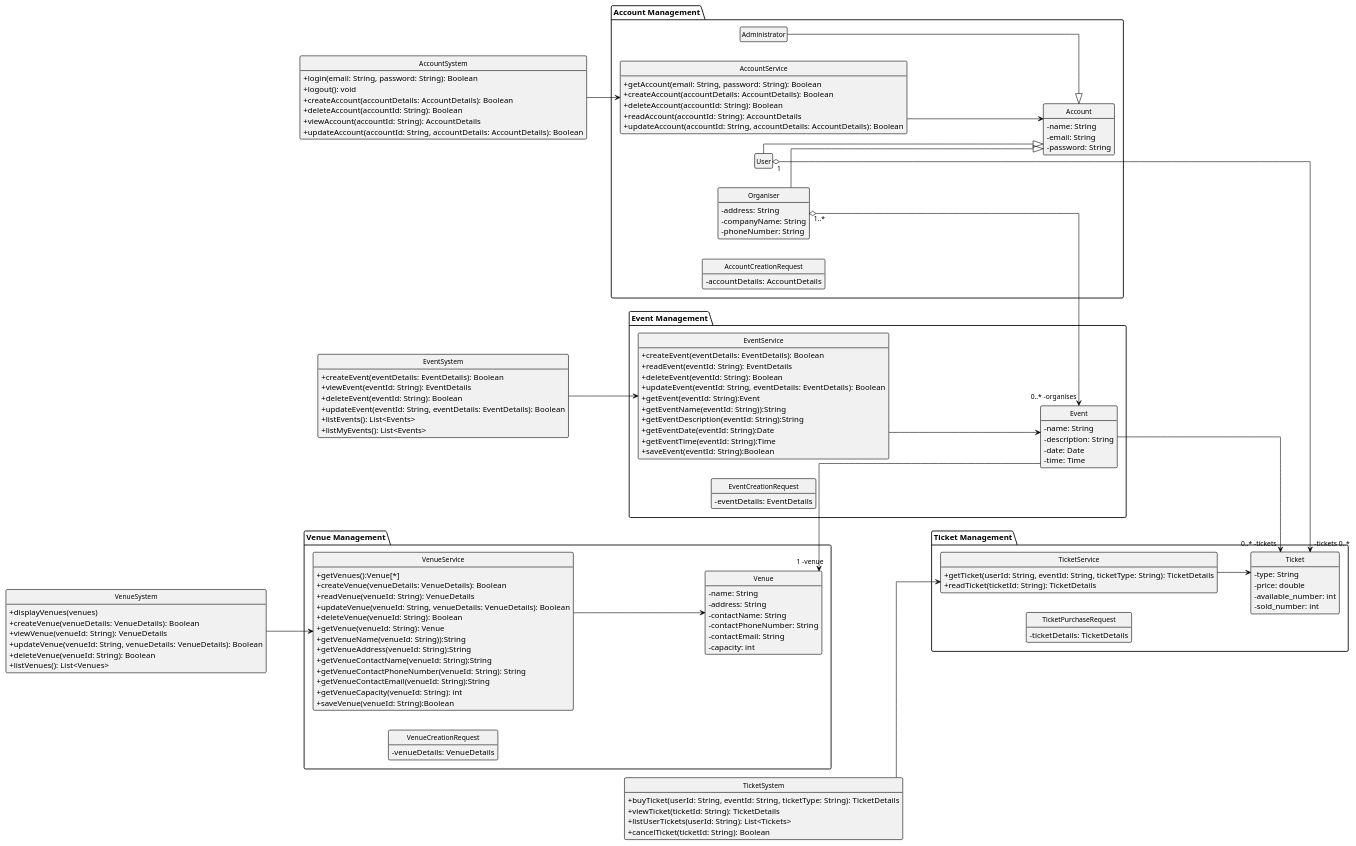
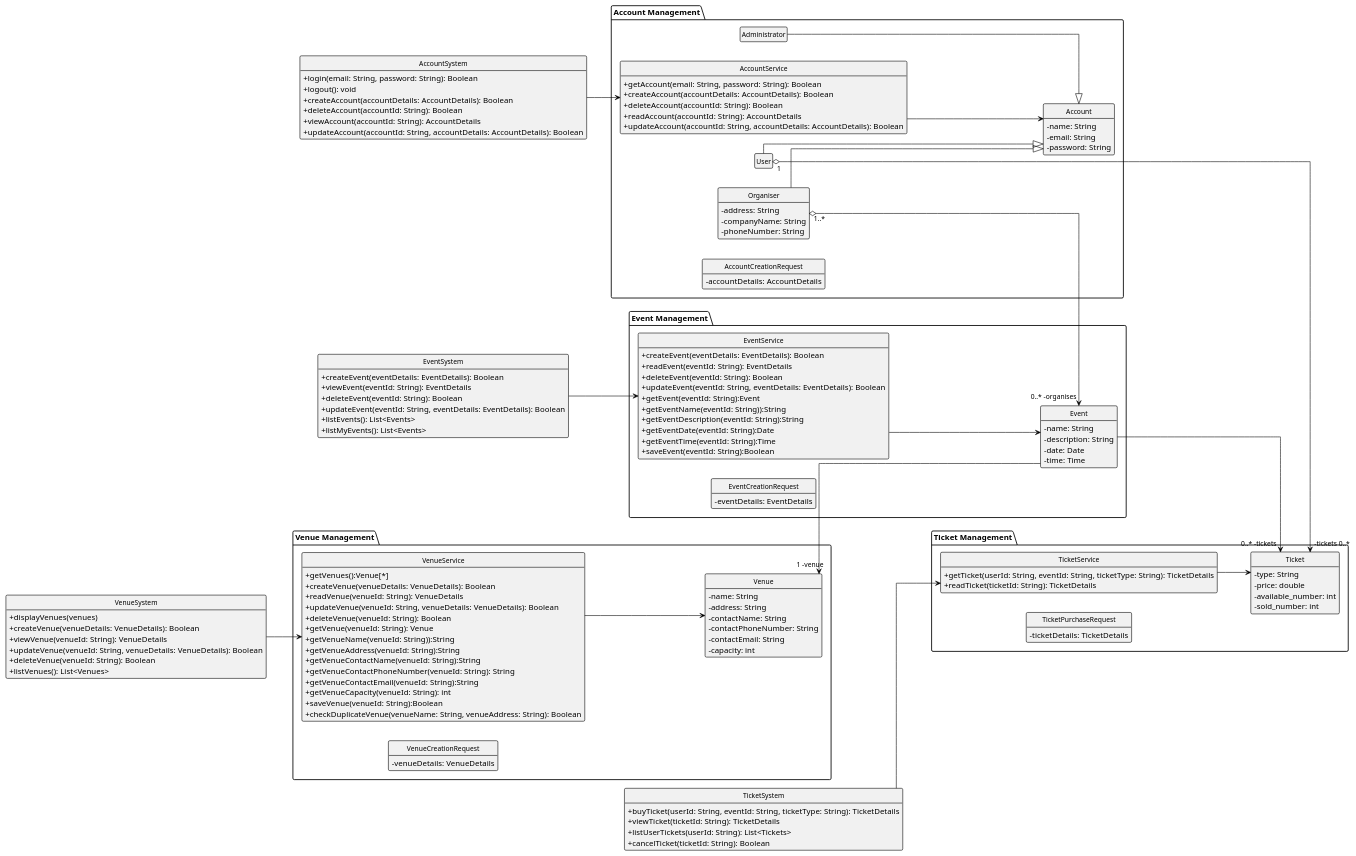
One commit to MolimoWang/EventManagementSystem changed the diagram in 02-analysis/class-diagram/classDiagram.plantuml. Above: the diagram before and after it, drawn with PlantUML. The commit also changed 4 other files, not shown here.

```diff
--- a/02-analysis/class-diagram/classDiagram.plantuml
+++ b/02-analysis/class-diagram/classDiagram.plantuml
@@ -1,192 +1,193 @@
 @startuml
 left to right direction
 skinparam monochrome true
 skinparam backgroundColor white
 skinparam shadowing false
 skinparam linetype ortho
 skinparam lineThickness 3   ' Thickness of line
 skinparam noteMargin 30     ' Margins for comments
 skinparam ranksep 100        ' Control vertical spacing
 skinparam nodesep 200        ' Control horizontal spacing
 skinparam classFontSize 12
 skinparam ArrowFontSize 12
 skinparam classBorderThickness 1
 skinparam classAttributeIconSize 0
 
 hide class circle
 hide empty members
 hide stereotypes
 
 skinparam class {
     BorderColor black
     ArrowColor black
     FontColor black
     FontName Arial
     FontSize 12
 }
 
 ' Account Management Group
 package "Account Management" {
     class Account {
         - name: String
         - email: String
         - password: String
     }
     class Administrator {
     }
     class Organiser {
         - address: String
         - companyName: String
         - phoneNumber: String
     }
     class User {
     }
 
     class AccountService {
         +getAccount(email: String, password: String): Boolean
         +createAccount(accountDetails: AccountDetails): Boolean
         +deleteAccount(accountId: String): Boolean
         +readAccount(accountId: String): AccountDetails
         +updateAccount(accountId: String, accountDetails: AccountDetails): Boolean
 
     }
 
     class AccountCreationRequest {
         - accountDetails: AccountDetails
     }
 
     Administrator --|> Account
     Organiser --|> Account
     User --|> Account
     AccountService --> Account
 }
 
 ' Venue Management Group
 package "Venue Management" {
     class Venue {
         - name: String
         - address: String
         - contactName: String
         - contactPhoneNumber: String
         - contactEmail: String
         - capacity: int
     }
 
     class VenueService {
         +getVenues():Venue[*]
         +createVenue(venueDetails: VenueDetails): Boolean
         +readVenue(venueId: String): VenueDetails
         +updateVenue(venueId: String, venueDetails: VenueDetails): Boolean
         +deleteVenue(venueId: String): Boolean
         +getVenue(venueId: String): Venue
         +getVenueName(venueId: String)):String
         +getVenueAddress(venueId: String):String
         +getVenueContactName(venueId: String):String
         +getVenueContactPhoneNumber(venueId: String): String
         +getVenueContactEmail(venueId: String):String
         +getVenueCapacity(venueId: String): int
         +saveVenue(venueId: String):Boolean
+        +checkDuplicateVenue(venueName: String, venueAddress: String): Boolean
     }
 
     class VenueCreationRequest {
         - venueDetails: VenueDetails
     }
 
     VenueService --> Venue
 }
 
 ' Event Management Group
 package "Event Management" {
     class Event {
         - name: String
         - description: String
         - date: Date
         - time: Time
     }
 
     class EventService {
         +createEvent(eventDetails: EventDetails): Boolean
         +readEvent(eventId: String): EventDetails
         +deleteEvent(eventId: String): Boolean
         +updateEvent(eventId: String, eventDetails: EventDetails): Boolean
         +getEvent(eventId: String):Event
         +getEventName(eventId: String)):String
         +getEventDescription(eventId: String):String
         +getEventDate(eventId: String):Date
         +getEventTime(eventId: String):Time
         +saveEvent(eventId: String):Boolean
     }
 
     class EventCreationRequest {
         - eventDetails: EventDetails
     }
 
     Venue "1 -venue" <-- Event
     EventService --> Event
 }
 
 ' Ticket Management Group
 package "Ticket Management" {
     class Ticket {
         - type: String
         - price: double
         - available_number: int
         - sold_number: int
     }
 
     class TicketService {
         +getTicket(userId: String, eventId: String, ticketType: String): TicketDetails
         +readTicket(ticketId: String): TicketDetails
     }
 
     class TicketPurchaseRequest {
         - ticketDetails: TicketDetails
     }
 
     Event --> "0..* -tickets" Ticket
     TicketService --> Ticket
 }
 
 ' System classes for each module
 class AccountSystem {
     +login(email: String, password: String): Boolean
     +logout(): void
     +createAccount(accountDetails: AccountDetails): Boolean
     +deleteAccount(accountId: String): Boolean
     +viewAccount(accountId: String): AccountDetails
     +updateAccount(accountId: String, accountDetails: AccountDetails): Boolean
 }
 AccountSystem --> AccountService
 
 class VenueSystem {
     +displayVenues(venues)
     +createVenue(venueDetails: VenueDetails): Boolean
     +viewVenue(venueId: String): VenueDetails
     +updateVenue(venueId: String, venueDetails: VenueDetails): Boolean
     +deleteVenue(venueId: String): Boolean
     +listVenues(): List<Venues>
 }
 VenueSystem --> VenueService
 
 class EventSystem {
     +createEvent(eventDetails: EventDetails): Boolean
     +viewEvent(eventId: String): EventDetails
     +deleteEvent(eventId: String): Boolean
     +updateEvent(eventId: String, eventDetails: EventDetails): Boolean
     +listEvents(): List<Events>
     +listMyEvents(): List<Events>
 }
 EventSystem --> EventService
 
 class TicketSystem {
     +buyTicket(userId: String, eventId: String, ticketType: String): TicketDetails
     +viewTicket(ticketId: String): TicketDetails
     +listUserTickets(userId: String): List<Tickets>
     +cancelTicket(ticketId: String): Boolean
 }
 TicketSystem --> TicketService
 
 Organiser "1..*" o--> "0..* -organises" Event
 User "1" o--> "-tickets 0..*" Ticket
 
 @enduml
```
